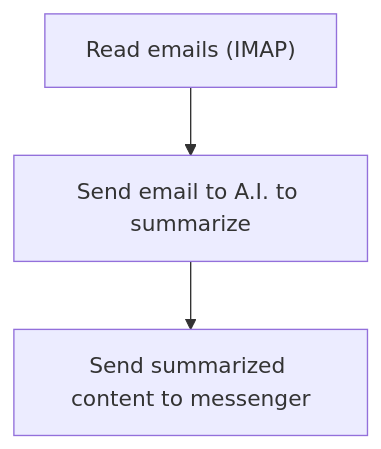
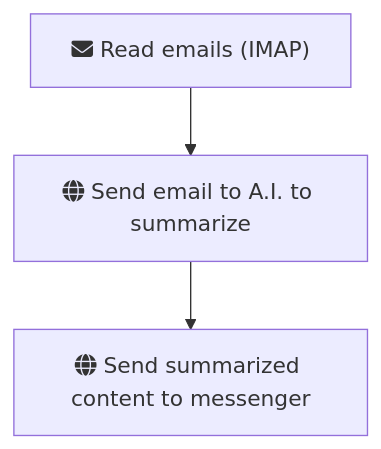
Before and after one commit to sreyash3105/N8N-DEMO-AUTOMATIONS: the diagram in Gmail_and_Email_Automation/Summarize Emails with a I Then Send to Messenger 1.md, drawn with Mermaid. The commit also changed 291 other files, not shown here.

````diff
--- a/Gmail_and_Email_Automation/Summarize Emails with a I Then Send to Messenger 1.md
+++ b/Gmail_and_Email_Automation/Summarize Emails with a I Then Send to Messenger 1.md
@@ -1,13 +1,13 @@
 ```mermaid
 graph TD
     classDef trigger fill:#e8f5e9,stroke:#2e7d32,stroke-width:2px;
     classDef ai fill:#e3f2fd,stroke:#1565c0,stroke-width:2px;
     classDef logic fill:#fff3e0,stroke:#ef6c00,stroke-width:2px;
 
-    Read_emails__IMAP_["Read emails (IMAP)"]
-    Send_email_to_A_I__to_summarize["Send email to A.I. to summarize"]
-    Send_summarized_content_to_messenger["Send summarized content to messenger"]
+    Read_emails__IMAP_["fas:fa-envelope Read emails (IMAP)"]
+    Send_email_to_A_I__to_summarize["fas:fa-globe Send email to A.I. to summarize"]
+    Send_summarized_content_to_messenger["fas:fa-globe Send summarized content to messenger"]
 
     Read_emails__IMAP_ --> Send_email_to_A_I__to_summarize
     Send_email_to_A_I__to_summarize --> Send_summarized_content_to_messenger
 ```
````
